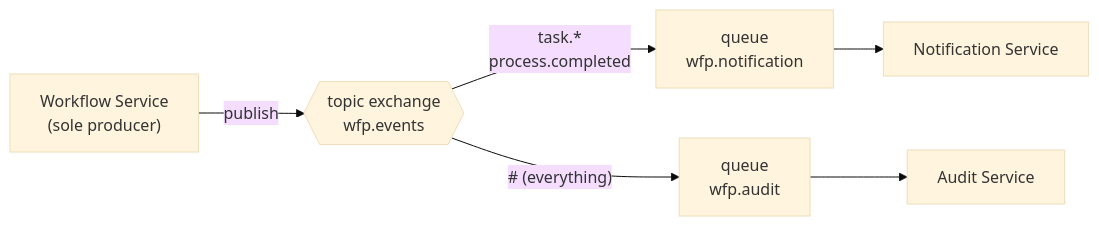
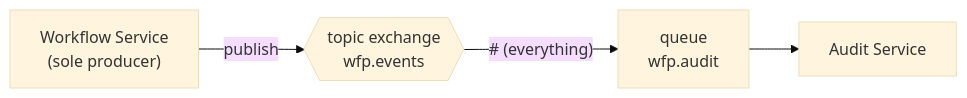
Before and after one commit to mszalus/workflow-platform: the second of 2 diagrams in docs/architecture/concepts.md, drawn with Mermaid (base theme). The commit also changed other lines of this file and 54 other files, not shown here.

First line of the commit message:
feat(workflow): fold notification-service into workflow-service

````diff
--- a/docs/architecture/concepts.md
+++ b/docs/architecture/concepts.md
@@ -69,8 +72,6 @@
 ```mermaid
 flowchart LR
     WF["Workflow Service<br/>(sole producer)"] -->|publish| EX{{"topic exchange<br/>wfp.events"}}
-    EX -->|"task.*<br/>process.completed"| QN["queue<br/>wfp.notification"]
     EX -->|"#  (everything)"| QA["queue<br/>wfp.audit"]
-    QN --> NS["Notification Service"]
     QA --> AS["Audit Service"]
 ```
````
